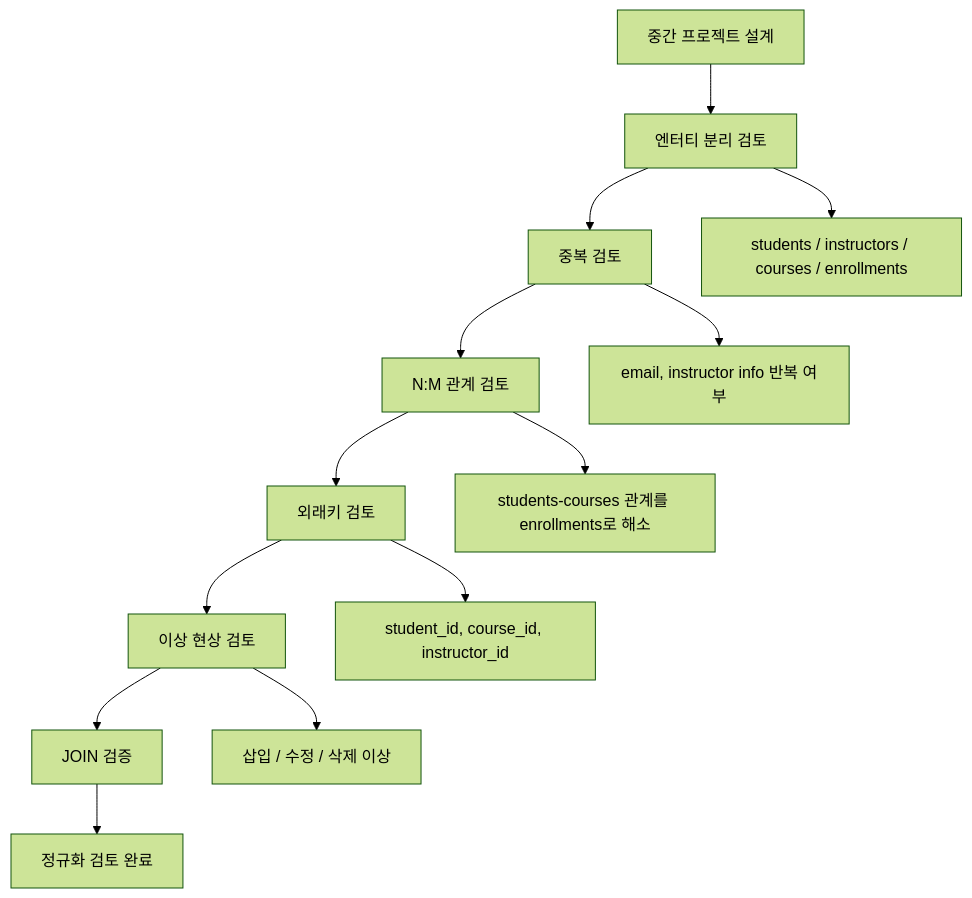
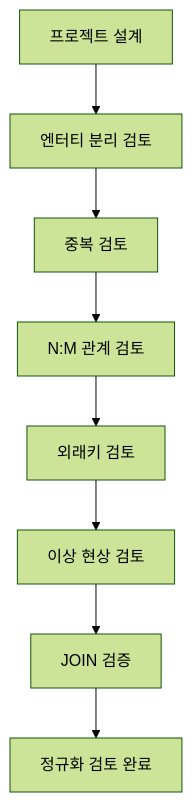
One commit to GilbertMoon/ai-database-book changed the diagram in images/chapter07/ch07_06_normalization_review_flow.mmd. Above: the diagram before and after it, drawn with Mermaid (forest theme). The commit also changed 43 other files, not shown here.

```diff
--- a/images/chapter07/ch07_06_normalization_review_flow.mmd
+++ b/images/chapter07/ch07_06_normalization_review_flow.mmd
@@ -1,14 +1,8 @@
 flowchart TD
-    A[중간 프로젝트 설계] --> B[엔터티 분리 검토]
+    A[프로젝트 설계] --> B[엔터티 분리 검토]
     B --> C[중복 검토]
     C --> D[N:M 관계 검토]
     D --> E[외래키 검토]
     E --> F[이상 현상 검토]
     F --> G[JOIN 검증]
-
-    B --> B1[students / instructors / courses / enrollments]
-    C --> C1[email, instructor info 반복 여부]
-    D --> D1[students-courses 관계를 enrollments로 해소]
-    E --> E1[student_id, course_id, instructor_id]
-    F --> F1[삽입 / 수정 / 삭제 이상]
     G --> H[정규화 검토 완료]
```
